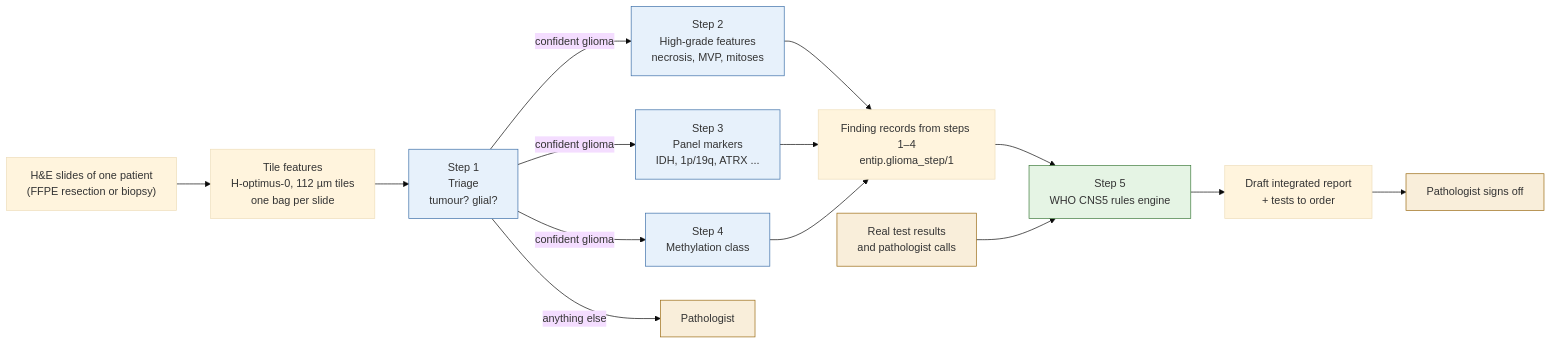
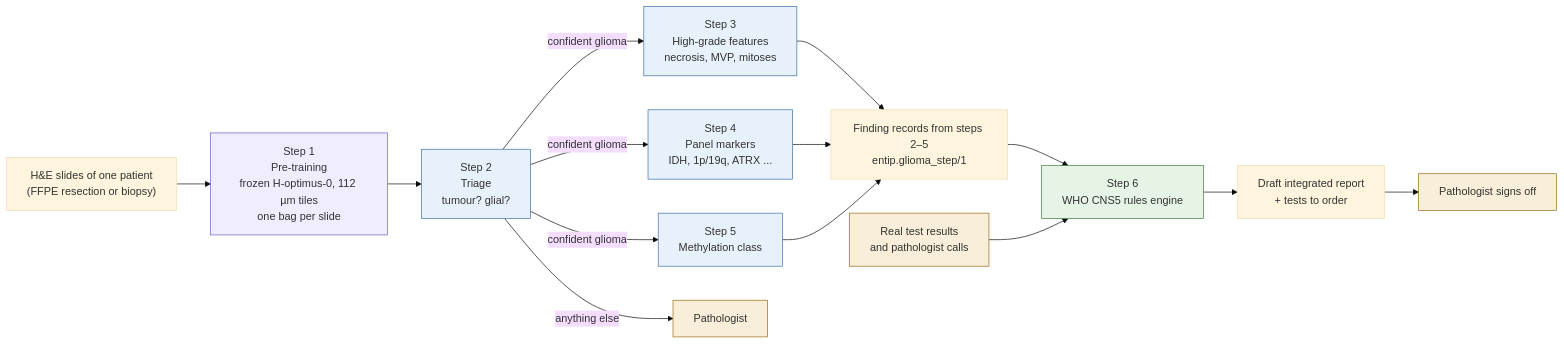
The diagram in docs/glioma-workflow/diagrams/0-overview.mmd (alhafidzhamdan/entip), drawn with Mermaid (base theme) before and after one commit. The commit also changed 80 other files, not shown here.

Commit message:
Add pre-training as step 1 of the glioma workflow

```diff
--- a/docs/glioma-workflow/diagrams/0-overview.mmd
+++ b/docs/glioma-workflow/diagrams/0-overview.mmd
@@ -1,20 +1,22 @@
 flowchart LR
-  S["H&E slides of one patient<br/>(FFPE resection or biopsy)"] --> B["Tile features<br/>H-optimus-0, 112 µm tiles<br/>one bag per slide"]
-  B --> T1["Step 1<br/>Triage<br/>tumour? glial?"]
-  T1 -->|"confident glioma"| T2["Step 2<br/>High-grade features<br/>necrosis, MVP, mitoses"]
-  T1 -->|"confident glioma"| T3["Step 3<br/>Panel markers<br/>IDH, 1p/19q, ATRX ..."]
-  T1 -->|"confident glioma"| T4["Step 4<br/>Methylation class"]
+  S["H&E slides of one patient<br/>(FFPE resection or biopsy)"] --> B["Step 1<br/>Pre-training<br/>frozen H-optimus-0, 112 µm tiles<br/>one bag per slide"]
+  B --> T1["Step 2<br/>Triage<br/>tumour? glial?"]
+  T1 -->|"confident glioma"| T2["Step 3<br/>High-grade features<br/>necrosis, MVP, mitoses"]
+  T1 -->|"confident glioma"| T3["Step 4<br/>Panel markers<br/>IDH, 1p/19q, ATRX ..."]
+  T1 -->|"confident glioma"| T4["Step 5<br/>Methylation class"]
   T1 -->|"anything else"| P["Pathologist"]
-  T2 --> R["Finding records from steps 1–4<br/>entip.glioma_step/1"]
+  T2 --> R["Finding records from steps 2–5<br/>entip.glioma_step/1"]
   T3 --> R
   T4 --> R
-  R --> E["Step 5<br/>WHO CNS5 rules engine"]
+  R --> E["Step 6<br/>WHO CNS5 rules engine"]
   L["Real test results<br/>and pathologist calls"] --> E
   E --> D["Draft integrated report<br/>+ tests to order"]
   D --> P2["Pathologist signs off"]
   classDef ai fill:#e7f1fb,stroke:#3b6ea8;
+  classDef fm fill:#efedff,stroke:#6a5acd;
   classDef rule fill:#e5f4e4,stroke:#3c7a3a;
   classDef human fill:#f9eeda,stroke:#9a6a12;
   class T1,T2,T3,T4 ai;
+  class B fm;
   class E rule;
   class P,P2,L human;
```
